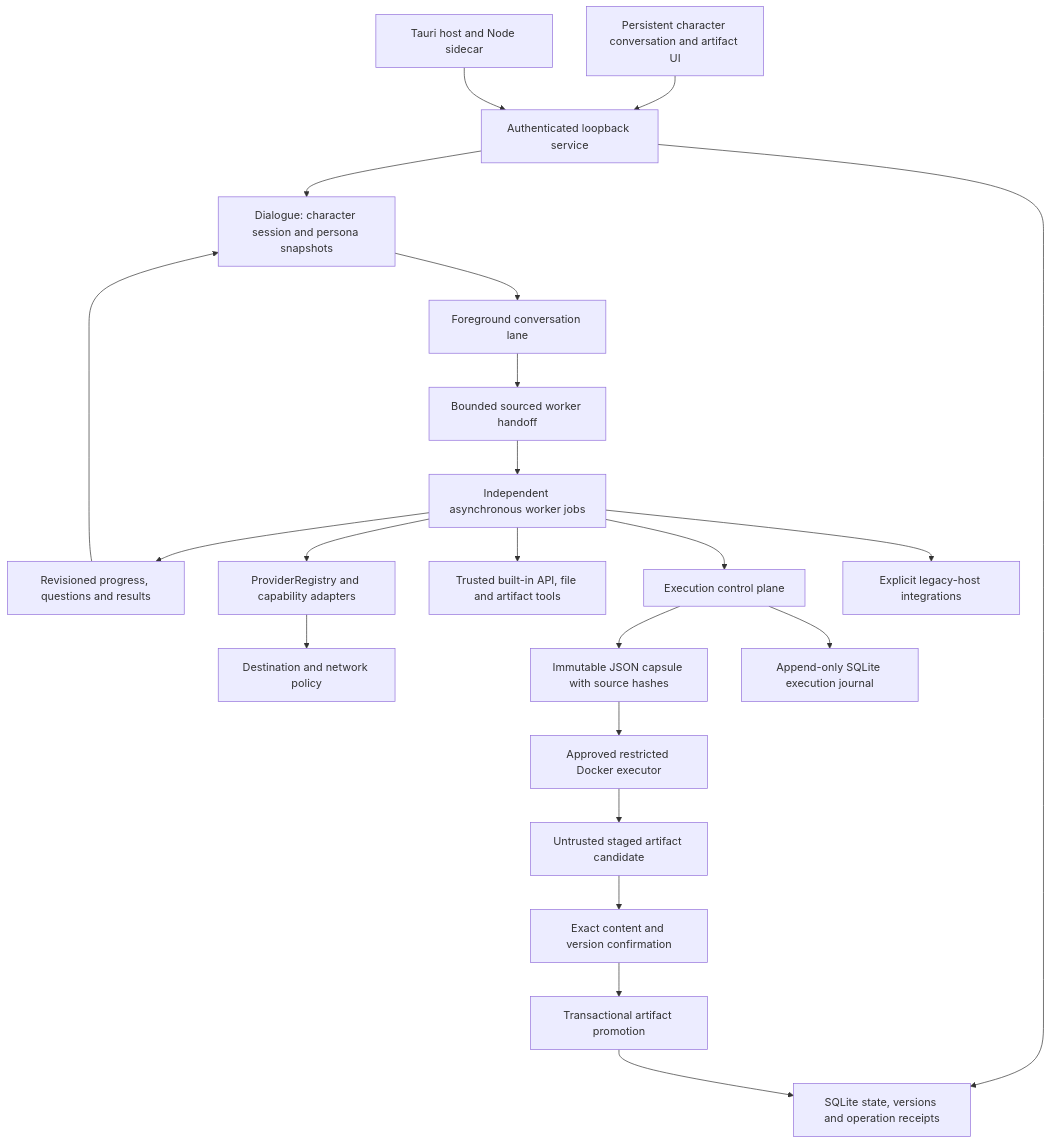
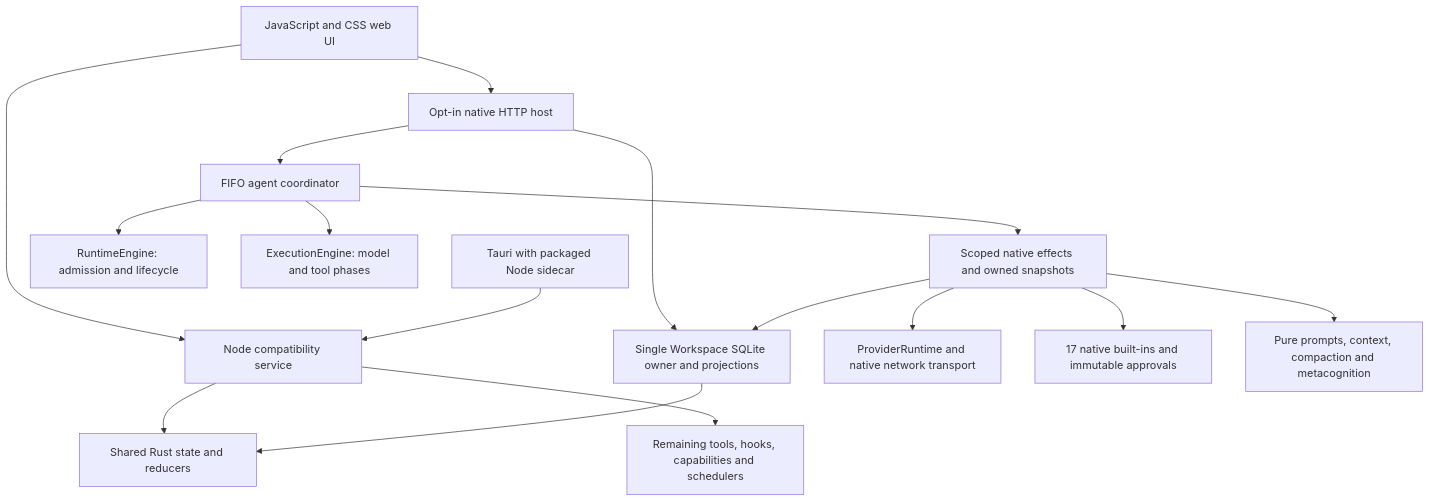
The diagram in Tepora-v3/docs/ARCHITECTURE.md (coco4atJP/Tepora-alpha), drawn with Mermaid before and after one commit. The commit also changed other lines of this file and 69 other files, not shown here.

Commit message:
feat(v3): run Rust agents and native file workflows

````diff
--- a/Tepora-v3/docs/ARCHITECTURE.md
+++ b/Tepora-v3/docs/ARCHITECTURE.md
@@ -7,24 +7,18 @@
 ```mermaid
 flowchart TD
-    UI[Persistent character conversation and artifact UI] --> API[Authenticated loopback service]
-    Native[Tauri host and Node sidecar] --> API
-    API --> Dialogue[Dialogue: character session and persona snapshots]
-    Dialogue --> Chat[Foreground conversation lane]
-    Chat --> Handoff[Bounded sourced worker handoff]
-    Handoff --> Harness[Independent asynchronous worker jobs]
-    Harness --> Bus[Revisioned progress, questions and results]
-    Bus --> Dialogue
-    API --> Store[SQLite state, versions and operation receipts]
-    Harness --> Providers[ProviderRegistry and capability adapters]
-    Providers --> Network[Destination and network policy]
-    Harness --> Builtin[Trusted built-in API, file and artifact tools]
-    Harness --> Execution[Execution control plane]
-    Execution --> Capsule[Immutable JSON capsule with source hashes]
-    Capsule --> Docker[Approved restricted Docker executor]
-    Docker --> Staged[Untrusted staged artifact candidate]
-    Staged --> Review[Exact content and version confirmation]
-    Review --> Promote[Transactional artifact promotion]
-    Promote --> Store
-    Execution --> Journal[Append-only SQLite execution journal]
-    Harness --> Legacy[Explicit legacy-host integrations]
+    UI[JavaScript and CSS web UI] --> Node[Node compatibility service]
+    UI --> Native[Opt-in native HTTP host]
+    Desktop[Tauri with packaged Node sidecar] --> Node
+    Node --> Core[Shared Rust state and reducers]
+    Native --> Workspace[Single Workspace SQLite owner and projections]
+    Workspace --> Core
+    Native --> Actor[FIFO agent coordinator]
+    Actor --> Runtime[RuntimeEngine: admission and lifecycle]
+    Actor --> Execution[ExecutionEngine: model and tool phases]
+    Actor --> Host[Scoped native effects and owned snapshots]
+    Host --> Provider[ProviderRuntime and native network transport]
+    Host --> Tools[17 native built-ins and immutable approvals]
+    Host --> Harness[Pure prompts, context, compaction and metacognition]
+    Host --> Workspace
+    Node --> Compatibility[Remaining tools, hooks, capabilities and schedulers]
 ```
````
